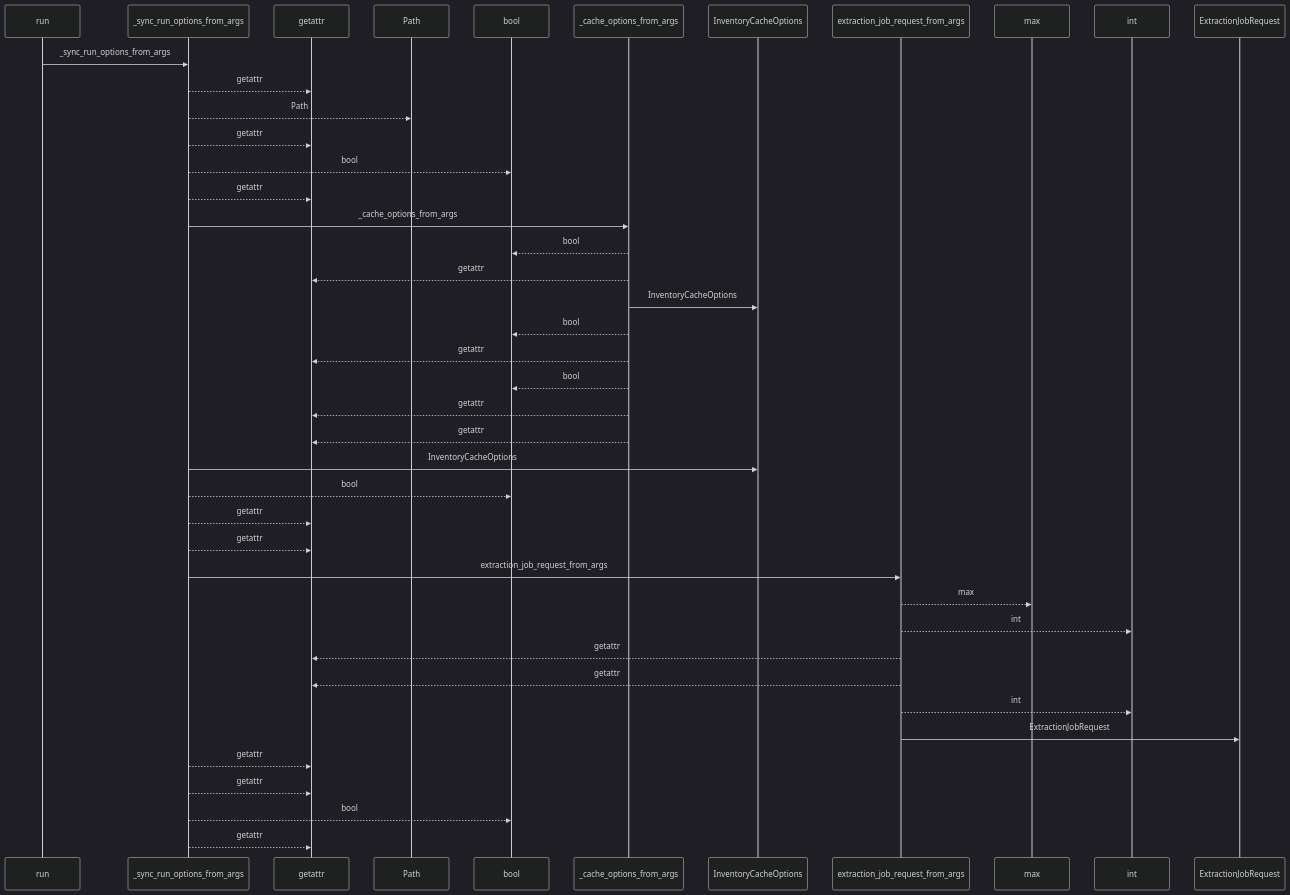
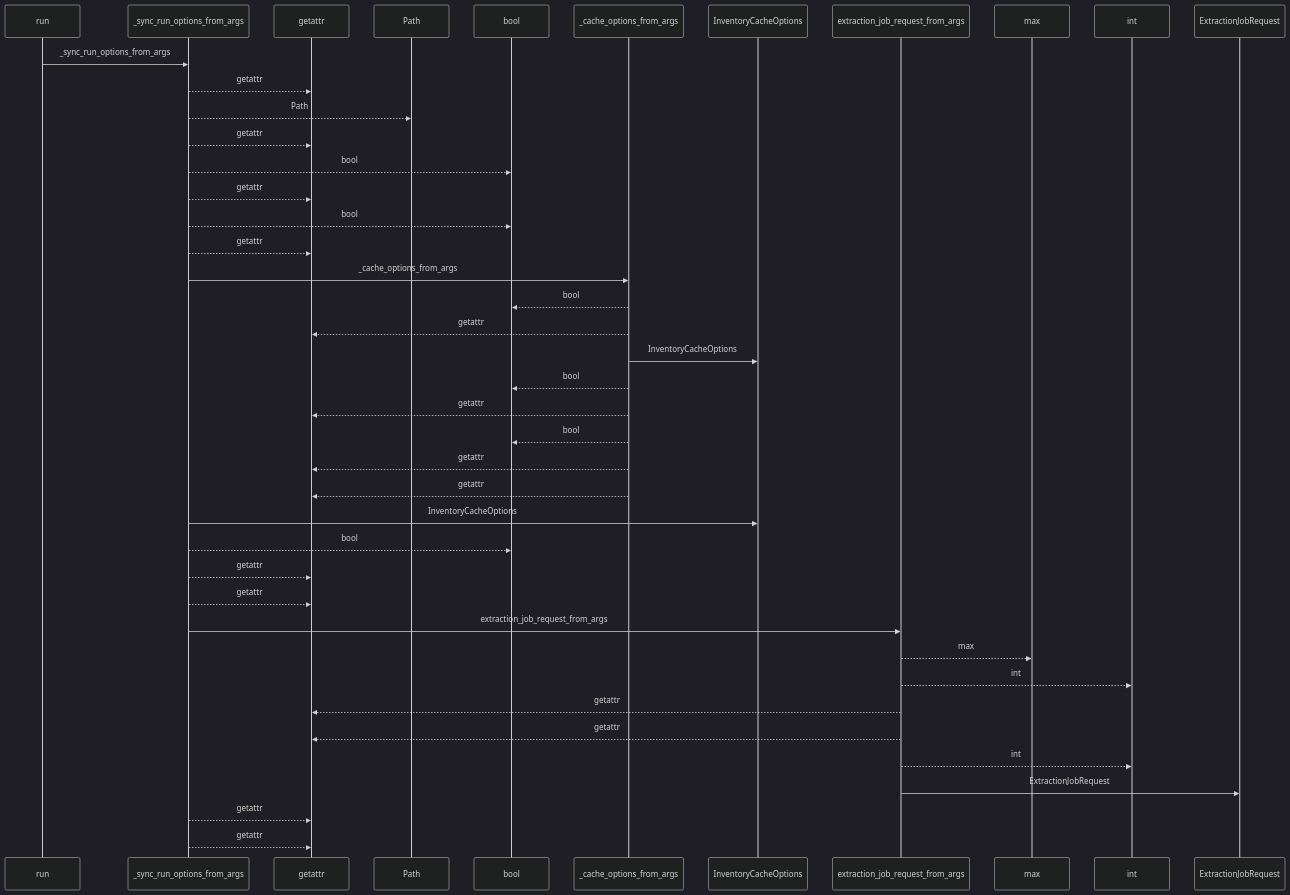
One commit to Denissvgn/python-wiki-llm changed the first of 2 diagrams in docs/llm_wiki/flows/cli-sync.md. Above: the diagram before and after it, drawn with Mermaid (dark theme). The commit also changed other lines of this file and 33 other files, not shown here.

````diff
--- a/docs/llm_wiki/flows/cli-sync.md
+++ b/docs/llm_wiki/flows/cli-sync.md
@@ -56,44 +56,44 @@
 ```mermaid
 sequenceDiagram
     participant p0 as run
     participant p1 as _sync_run_options_from_args
     participant p2 as getattr
     participant p3 as Path
     participant p4 as bool
     participant p5 as _cache_options_from_args
     participant p6 as InventoryCacheOptions
     participant p7 as extraction_job_request_from_args
     participant p8 as max
     participant p9 as int
     participant p10 as ExtractionJobRequest
     p0->>p1: _sync_run_options_from_args
     p1-->>p2: getattr
     p1-->>p3: Path
+    p1-->>p2: getattr
+    p1-->>p4: bool
     p1-->>p2: getattr
     p1-->>p4: bool
     p1-->>p2: getattr
     p1->>p5: _cache_options_from_args
     p5-->>p4: bool
     p5-->>p2: getattr
     p5->>p6: InventoryCacheOptions
     p5-->>p4: bool
     p5-->>p2: getattr
     p5-->>p4: bool
     p5-->>p2: getattr
     p5-->>p2: getattr
     p1->>p6: InventoryCacheOptions
     p1-->>p4: bool
     p1-->>p2: getattr
     p1-->>p2: getattr
     p1->>p7: extraction_job_request_from_args
     p7-->>p8: max
     p7-->>p9: int
     p7-->>p2: getattr
     p7-->>p2: getattr
     p7-->>p9: int
     p7->>p10: ExtractionJobRequest
     p1-->>p2: getattr
     p1-->>p2: getattr
-    p1-->>p4: bool
-    p1-->>p2: getattr
 ```
````
